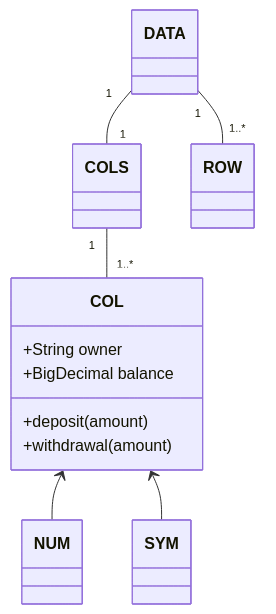
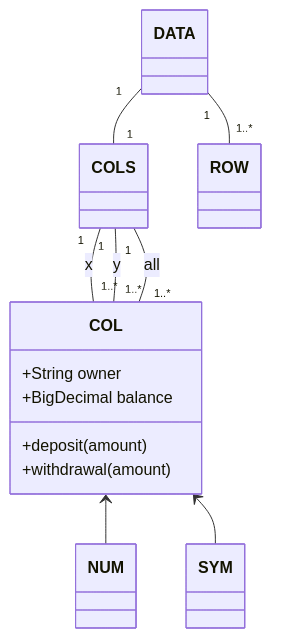
Before and after one commit to timm/tested: the diagram in docs/onScript.md, drawn with Mermaid.

````diff
--- a/docs/onScript.md
+++ b/docs/onScript.md
@@ -158,14 +158,16 @@
 ```mermaid
 classDiagram
 COL <--  NUM
 COL <--  SYM
-COLS "1" -- "1..*" COL
+COLS "1" -- "1..*" COL : x
+COLS "1" -- "1..*" COL : y
+COLS "1" -- "1..*" COL : all
 DATA "1" -- "1..*" ROW  
 DATA "1" -- "1" COLS 
 class COL{
     +String owner
     +BigDecimal balance
     +deposit(amount)
     +withdrawal(amount)
 }
 ```
````
